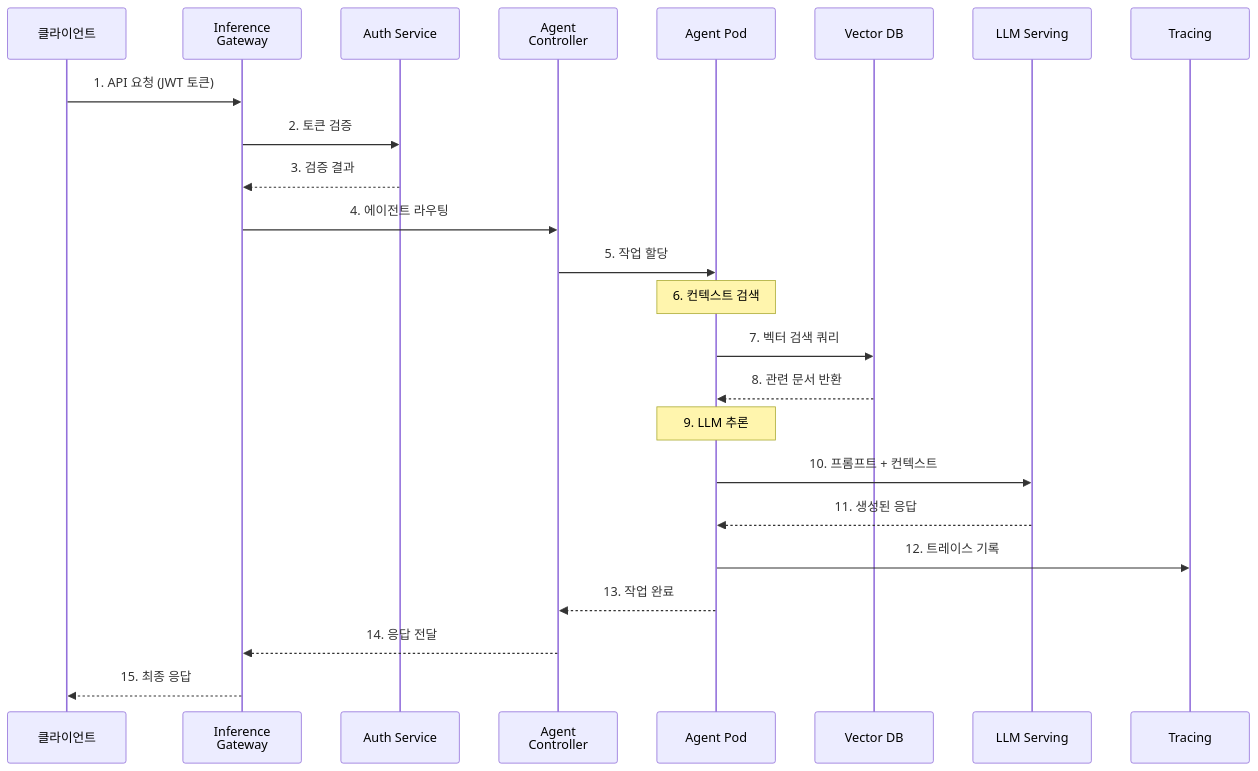
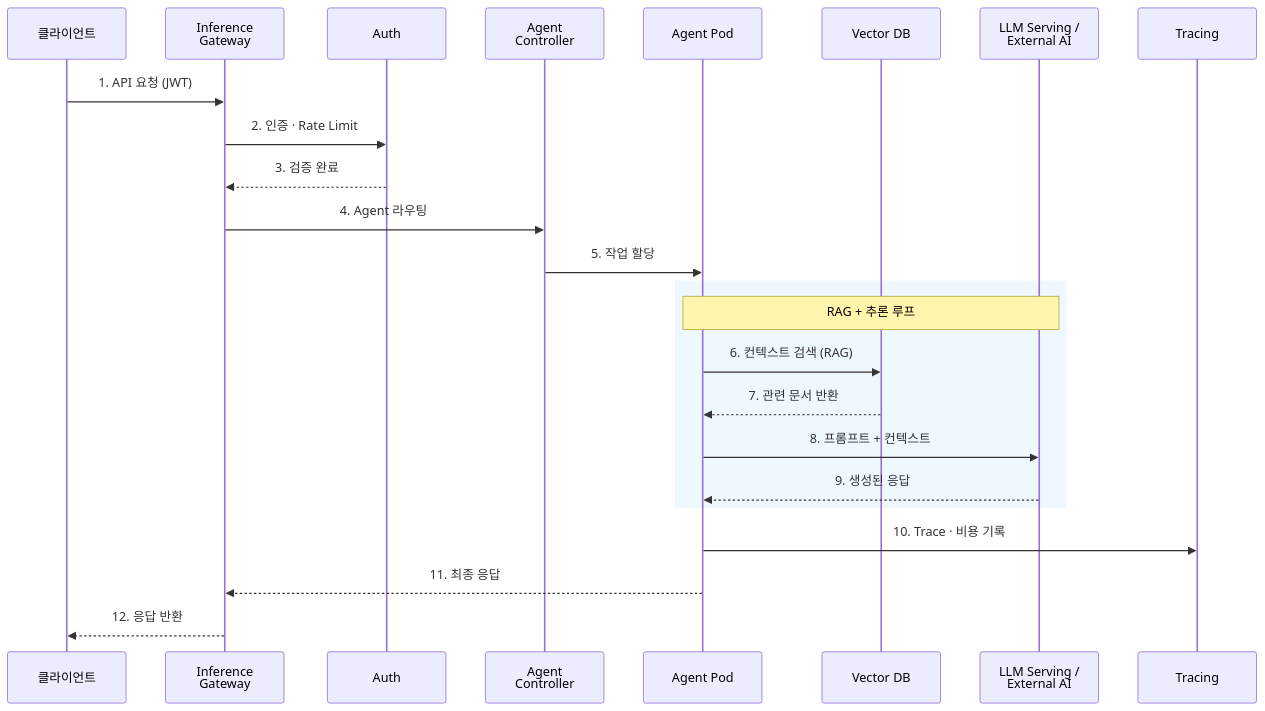
Before and after one commit to devfloor9/engineering-playbook: the fifth of 5 diagrams in docs/agentic-ai-platform/design-architecture/agentic-platform-architecture.md, drawn with Mermaid. The commit also changed other lines of this file, not shown here.

````diff
--- a/docs/agentic-ai-platform/design-architecture/agentic-platform-architecture.md
+++ b/docs/agentic-ai-platform/design-architecture/agentic-platform-architecture.md
@@ -476,30 +300,29 @@
 ```mermaid
 sequenceDiagram
     participant Client as 클라이언트
     participant Gateway as Inference<br/>Gateway
-    participant Auth as Auth Service
+    participant Auth as Auth
     participant Controller as Agent<br/>Controller
     participant Agent as Agent Pod
     participant VectorDB as Vector DB
-    participant LLM as LLM Serving
+    participant LLM as LLM Serving /<br/>External AI
     participant Trace as Tracing
 
-    Client->>Gateway: 1. API 요청 (JWT 토큰)
-    Gateway->>Auth: 2. 토큰 검증
-    Auth-->>Gateway: 3. 검증 결과
-    Gateway->>Controller: 4. 에이전트 라우팅
+    Client->>Gateway: 1. API 요청 (JWT)
+    Gateway->>Auth: 2. 인증 · Rate Limit
+    Auth-->>Gateway: 3. 검증 완료
+    Gateway->>Controller: 4. Agent 라우팅
     Controller->>Agent: 5. 작업 할당
 
-    Note over Agent: 6. 컨텍스트 검색
-    Agent->>VectorDB: 7. 벡터 검색 쿼리
-    VectorDB-->>Agent: 8. 관련 문서 반환
+    rect rgb(240, 248, 255)
+    Note over Agent,LLM: RAG + 추론 루프
+    Agent->>VectorDB: 6. 컨텍스트 검색 (RAG)
+    VectorDB-->>Agent: 7. 관련 문서 반환
+    Agent->>LLM: 8. 프롬프트 + 컨텍스트
+    LLM-->>Agent: 9. 생성된 응답
+    end
 
-    Note over Agent: 9. LLM 추론
-    Agent->>LLM: 10. 프롬프트 + 컨텍스트
-    LLM-->>Agent: 11. 생성된 응답
-
-    Agent->>Trace: 12. 트레이스 기록
-    Agent-->>Controller: 13. 작업 완료
-    Controller-->>Gateway: 14. 응답 전달
-    Gateway-->>Client: 15. 최종 응답
+    Agent->>Trace: 10. Trace · 비용 기록
+    Agent-->>Gateway: 11. 최종 응답
+    Gateway-->>Client: 12. 응답 반환
 ```
````
